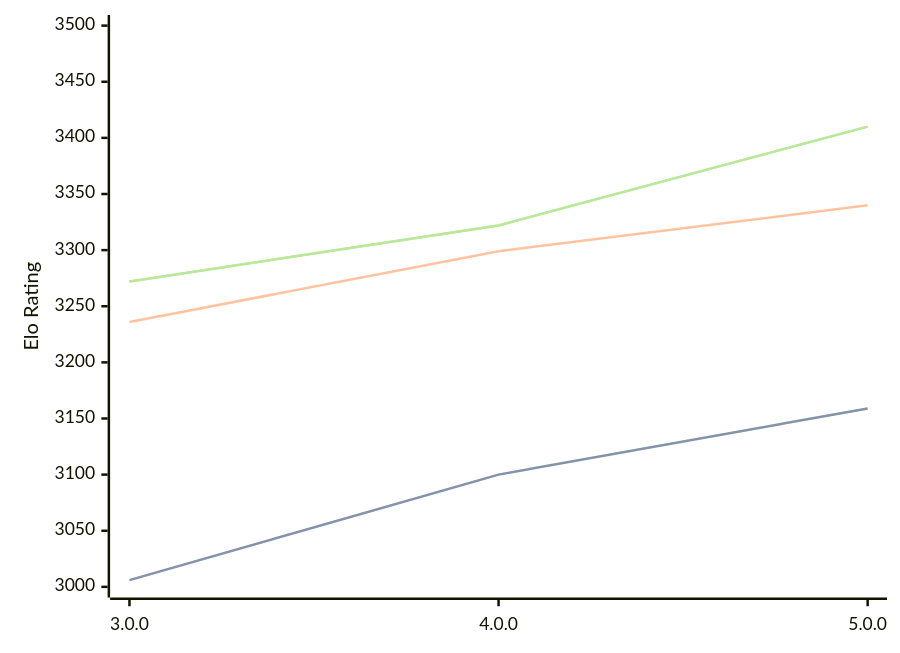
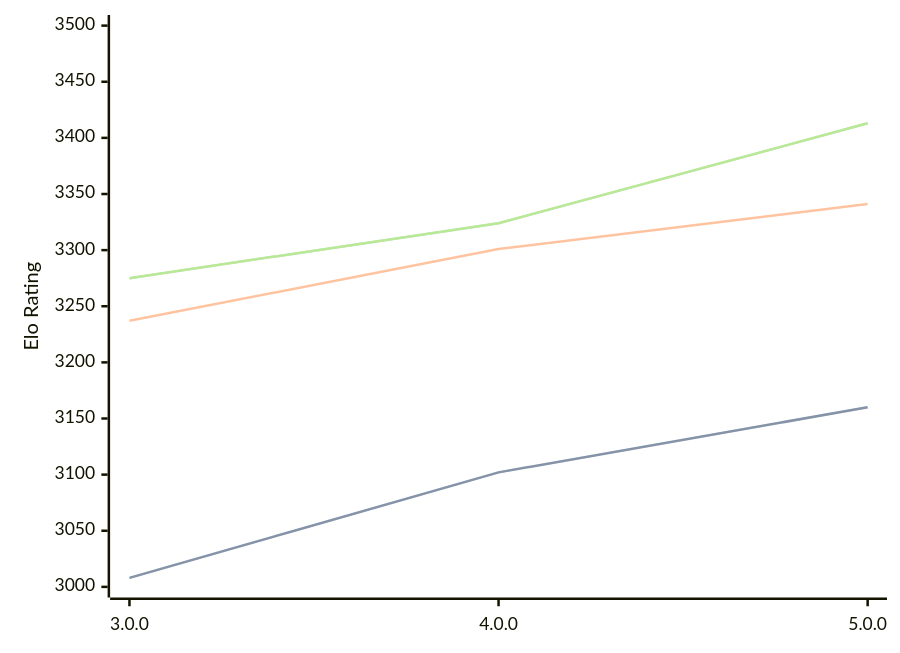
One commit to computer-chess-index/cci changed the diagram in engines/Minke.md. Above: the diagram before and after it, drawn with Mermaid. The commit also changed other lines of this file, not shown here.

Commit message:
Update CCI Ratings (ELO VLTC) - 2026-04-11

````diff
--- a/engines/Minke.md
+++ b/engines/Minke.md
@@ -35,11 +35,11 @@
 ```mermaid
 %%{init: {"theme":"base","themeVariables":{"seriesColors:['#a3a3a3','#222221','#faa371']}}}%%
 xychart-beta
   x-axis ["3.0.0", "4.0.0", "5.0.0"]
   y-axis "Elo Rating" 3000 --> 3500
-  line "STC (8.0+0.08s)" [3006, 3100, 3159]
-  line "STC (8.0+0.08s)" [3006, 3100, 3159]
-  line "LTC (60.0+0.60s)" [3236, 3299, 3340]
-  line "VLTC (2m24s+1.12s)" [3272, 3322, 3410]
-  line "VLTC (2m24s+1.12s)" [3272, 3322, 3410]
+  line "STC (8.0+0.08s)" [3008, 3102, 3160]
+  line "STC (8.0+0.08s)" [3008, 3102, 3160]
+  line "LTC (60.0+0.60s)" [3237, 3301, 3341]
+  line "VLTC (2m24s+1.12s)" [3275, 3324, 3413]
+  line "VLTC (2m24s+1.12s)" [3275, 3324, 3413]
 ```
````
